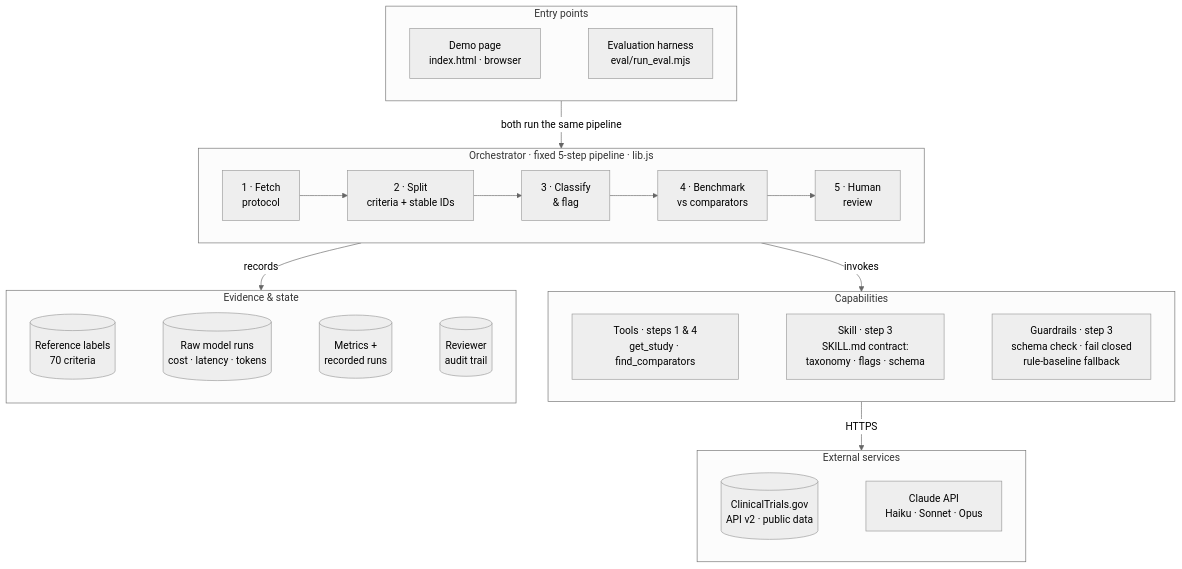
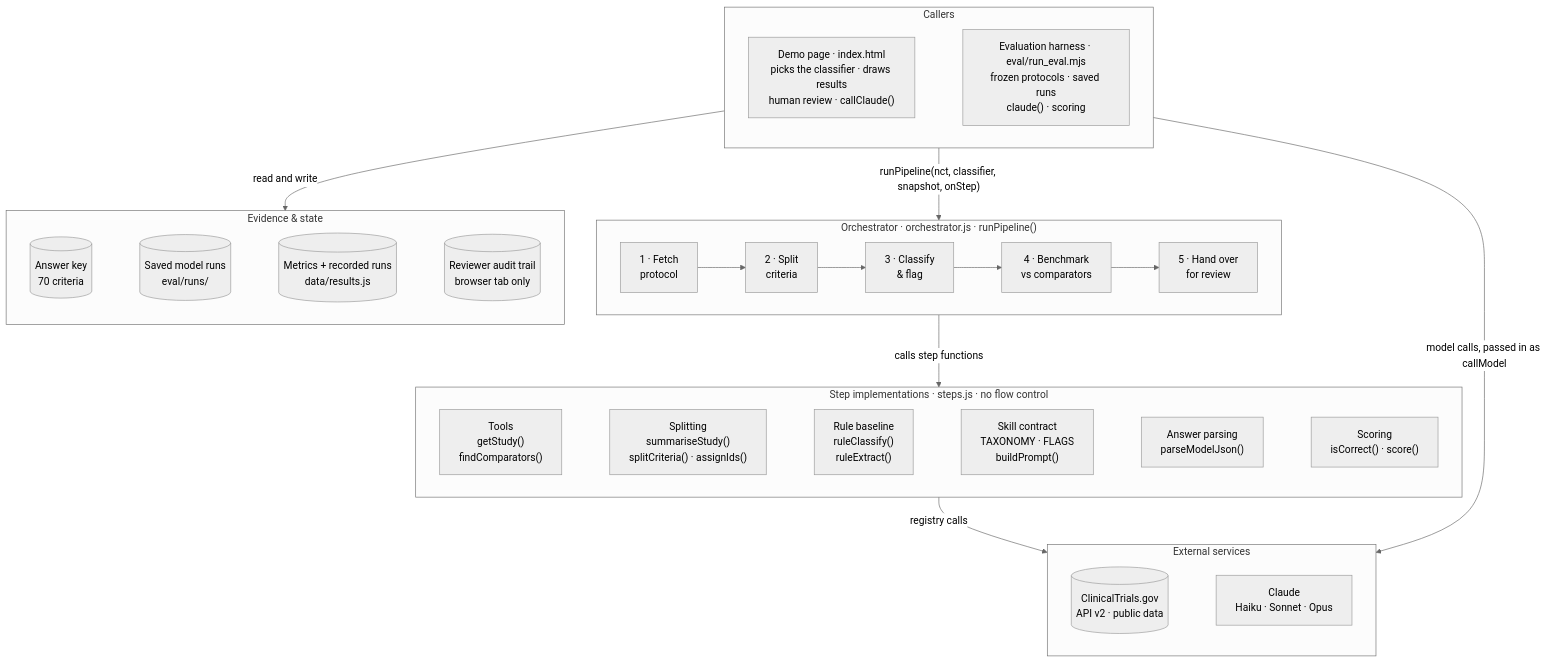
Before and after one commit to lorenzopolidori/protocol-eligibility-copilot: the first of 3 diagrams in README.md, drawn with Mermaid (neutral theme). The commit also changed other lines of this file and 8 other files, not shown here.

First line of the commit message:
Refactor: one shared orchestrator (orchestrator.js) over step implementations (steps.js)

````diff
--- a/README.md
+++ b/README.md
@@ -194,43 +202,47 @@
 ```mermaid
 flowchart TB
-    subgraph ENTRY["Entry points"]
+    subgraph ENTRY["Callers"]
         direction LR
-        UI["Demo page<br/>index.html · browser"]
-        EV["Evaluation harness<br/>eval/run_eval.mjs"]
+        UI["Demo page · index.html<br/>picks the classifier · draws results<br/>human review · callClaude()"]
+        EV["Evaluation harness · eval/run_eval.mjs<br/>frozen protocols · saved runs<br/>claude() · scoring"]
         UI ~~~ EV
     end
 
-    subgraph ORCH["Orchestrator · fixed 5-step pipeline · lib.js"]
+    subgraph ORCH["Orchestrator · orchestrator.js · runPipeline()"]
         direction LR
-        S1["1 · Fetch<br/>protocol"] --> S2["2 · Split<br/>criteria + stable IDs"] --> S3["3 · Classify<br/>& flag"] --> S4["4 · Benchmark<br/>vs comparators"] --> S5["5 · Human<br/>review"]
+        S1["1 · Fetch<br/>protocol"] --> S2["2 · Split<br/>criteria"] --> S3["3 · Classify<br/>& flag"] --> S4["4 · Benchmark<br/>vs comparators"] --> S5["5 · Hand over<br/>for review"]
     end
 
-    subgraph CAP["Capabilities"]
+    subgraph STEPS["Step implementations · steps.js · no flow control"]
         direction LR
-        TOOLS["Tools · steps 1 & 4<br/>get_study · find_comparators"]
-        SKILL["Skill · step 3<br/>SKILL.md contract:<br/>taxonomy · flags · schema"]
-        GUARD["Guardrails · step 3<br/>schema check · fail closed<br/>rule-baseline fallback"]
-        TOOLS ~~~ SKILL ~~~ GUARD
+        TOOLS["Tools<br/>getStudy()<br/>findComparators()"]
+        PREP["Splitting<br/>summariseStudy()<br/>splitCriteria() · assignIds()"]
+        BASE["Rule baseline<br/>ruleClassify()<br/>ruleExtract()"]
+        SKILL["Skill contract<br/>TAXONOMY · FLAGS<br/>buildPrompt()"]
+        PARSE["Answer parsing<br/>parseModelJson()"]
+        SCORE["Scoring<br/>isCorrect() · score()"]
+        TOOLS ~~~ PREP ~~~ BASE ~~~ SKILL ~~~ PARSE ~~~ SCORE
     end
 
     subgraph EXT["External services"]
         direction LR
         CTG[("ClinicalTrials.gov<br/>API v2 · public data")]
-        CL["Claude API<br/>Haiku · Sonnet · Opus"]
+        CL["Claude<br/>Haiku · Sonnet · Opus"]
         CTG ~~~ CL
     end
 
     subgraph EVID["Evidence & state"]
         direction LR
-        GOLD[("Reference labels<br/>70 criteria")]
-        RUNS[("Raw model runs<br/>cost · latency · tokens")]
-        RES[("Metrics +<br/>recorded runs")]
-        AUD[("Reviewer<br/>audit trail")]
+        GOLD[("Answer key<br/>70 criteria")]
+        RUNS[("Saved model runs<br/>eval/runs/")]
+        RES[("Metrics + recorded runs<br/>data/results.js")]
+        AUD[("Reviewer audit trail<br/>browser tab only")]
         GOLD ~~~ RUNS ~~~ RES ~~~ AUD
     end
 
-    ENTRY -- "both run the same pipeline" --> ORCH
-    ORCH -- "invokes" --> CAP
-    CAP -- "HTTPS" --> EXT
-    ORCH -- "records" --> EVID
+    ENTRY -- "runPipeline(nct, classifier, snapshot, onStep)" --> ORCH
+    ORCH -- "calls step functions" --> STEPS
+    STEPS -- "registry calls" --> EXT
+    ENTRY -- "model calls, passed in as callModel" --> EXT
+    ENTRY -- "read and write" --> EVID
 ```
````
